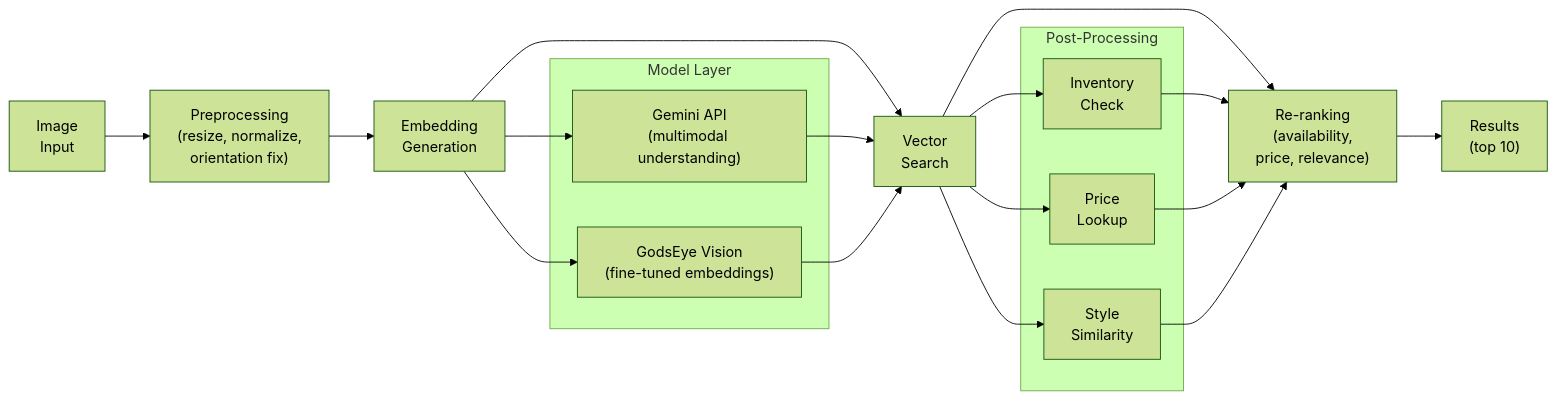
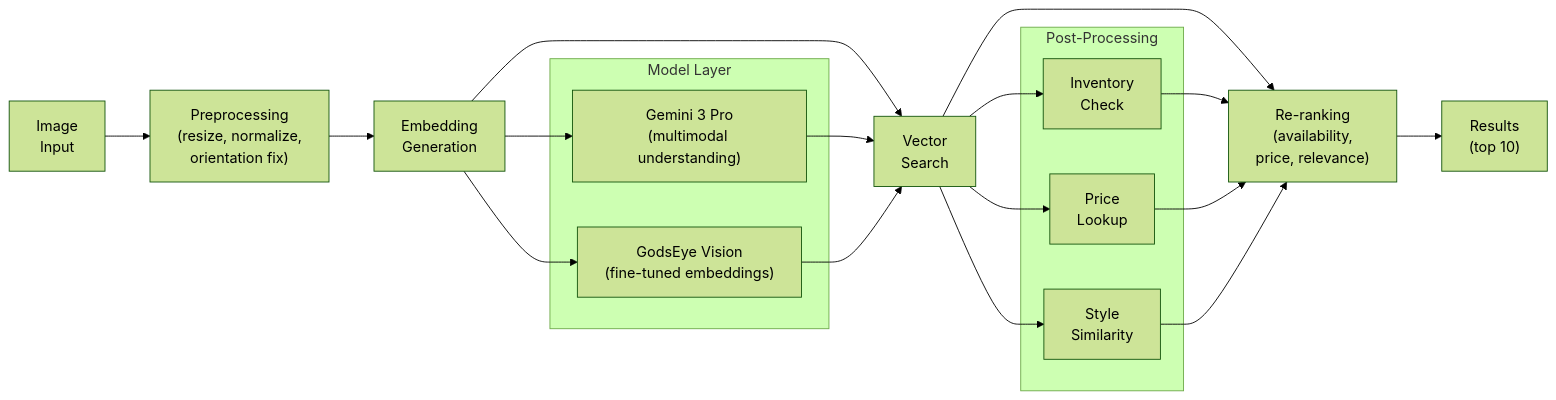
One commit to bcraavi/godseye changed the second of 4 diagrams in docs/ai/customer-ai.md. Above: the diagram before and after it, drawn with Mermaid (forest theme). The commit also changed other lines of this file and 4 other files, not shown here.

````diff
--- a/docs/ai/customer-ai.md
+++ b/docs/ai/customer-ai.md
@@ -100,31 +100,31 @@
 ```mermaid
 flowchart LR
     IMG["Image\nInput"] --> PRE["Preprocessing\n(resize, normalize,\norientation fix)"]
     PRE --> EMB["Embedding\nGeneration"]
     EMB --> SEARCH["Vector\nSearch"]
     SEARCH --> RANK["Re-ranking\n(availability,\nprice, relevance)"]
     RANK --> RES["Results\n(top 10)"]
 
     subgraph Models["Model Layer"]
-        GEM["Gemini API\n(multimodal understanding)"]
+        GEM["Gemini 3 Pro\n(multimodal understanding)"]
         CV["GodsEye Vision\n(fine-tuned embeddings)"]
     end
 
     EMB --> GEM
     EMB --> CV
     GEM --> SEARCH
     CV --> SEARCH
 
     subgraph Enrichment["Post-Processing"]
         INV["Inventory\nCheck"]
         PRICE["Price\nLookup"]
         SIM["Style\nSimilarity"]
     end
 
     SEARCH --> INV
     SEARCH --> PRICE
     SEARCH --> SIM
     INV --> RANK
     PRICE --> RANK
     SIM --> RANK
 ```
````
